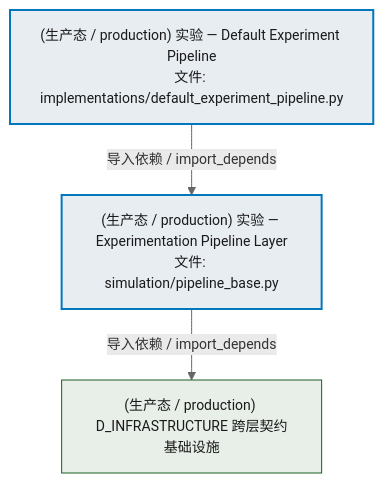
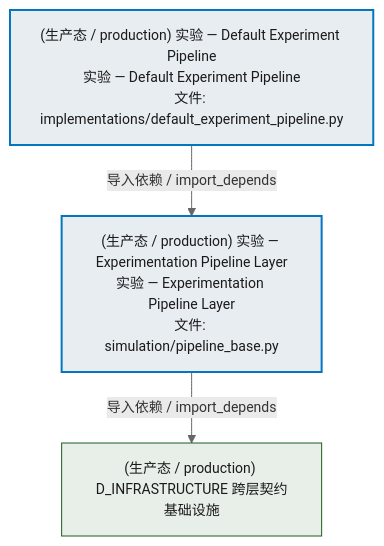
Before and after one commit to xuanFelixVan/ZephyrAlpha: the first of 3 diagrams in docs/02_enterprise_architecture/02_domain_architecture_docs/70_d_simulation.md, drawn with Mermaid. The commit also changed other lines of this file and 80 other files, not shown here.

````diff
--- a/docs/02_enterprise_architecture/02_domain_architecture_docs/70_d_simulation.md
+++ b/docs/02_enterprise_architecture/02_domain_architecture_docs/70_d_simulation.md
@@ -62,15 +64,15 @@
 ```mermaid
 %%{init: {'theme': 'base', 'themeVariables': {'primaryColor': '#eaeaea', 'primaryTextColor': '#333333', 'primaryBorderColor': '#666666', 'lineColor': '#666666', 'secondaryColor': '#eaeaea', 'tertiaryColor': '#eaeaea', 'fontSize': '14px'}}}%%
 flowchart TD
-    src_zephyr_simulation_implementations_default_experiment_pipeline_py["(生产态 / production) 实验 — Default Experiment Pipeline<br/>文件: implementations/default_experiment_pipeline.py"]
-    src_zephyr_simulation_pipeline_base_py["(生产态 / production) 实验 — Experimentation Pipeline Layer<br/>文件: simulation/pipeline_base.py"]
+    src_zephyr_simulation_implementations_default_experiment_pipeline_py["(生产态 / production) 实验 — Default Experiment Pipeline<br/>实验 — Default Experiment Pipeline<br/>文件: implementations/default_experiment_pipeline.py"]
+    src_zephyr_simulation_pipeline_base_py["(生产态 / production) 实验 — Experimentation Pipeline Layer<br/>实验 — Experimentation Pipeline Layer<br/>文件: simulation/pipeline_base.py"]
     src_zephyr_simulation_implementations_default_experiment_pipeline_py -->|导入依赖 / import_depends| src_zephyr_simulation_pipeline_base_py
     D_INFRASTRUCTURE["(生产态 / production) D_INFRASTRUCTURE 跨层契约基础设施"]
     src_zephyr_simulation_pipeline_base_py -->|导入依赖 / import_depends| D_INFRASTRUCTURE
     classDef production fill:#e8edf2,stroke:#0277bd,stroke-width:2px,color:#1a1a1a
     classDef design fill:#f0ebe3,stroke:#bf360c,stroke-width:2px,color:#1a1a1a,stroke-dasharray: 5 5
     classDef external_prod fill:#e8efe9,stroke:#1b5e20,stroke-width:1px,color:#1a1a1a
     classDef external_design fill:#efe5ea,stroke:#880e4f,stroke-width:1px,color:#1a1a1a,stroke-dasharray: 5 5
     class src_zephyr_simulation_implementations_default_experiment_pipeline_py,src_zephyr_simulation_pipeline_base_py production
     class D_INFRASTRUCTURE external_prod
 ```
````
